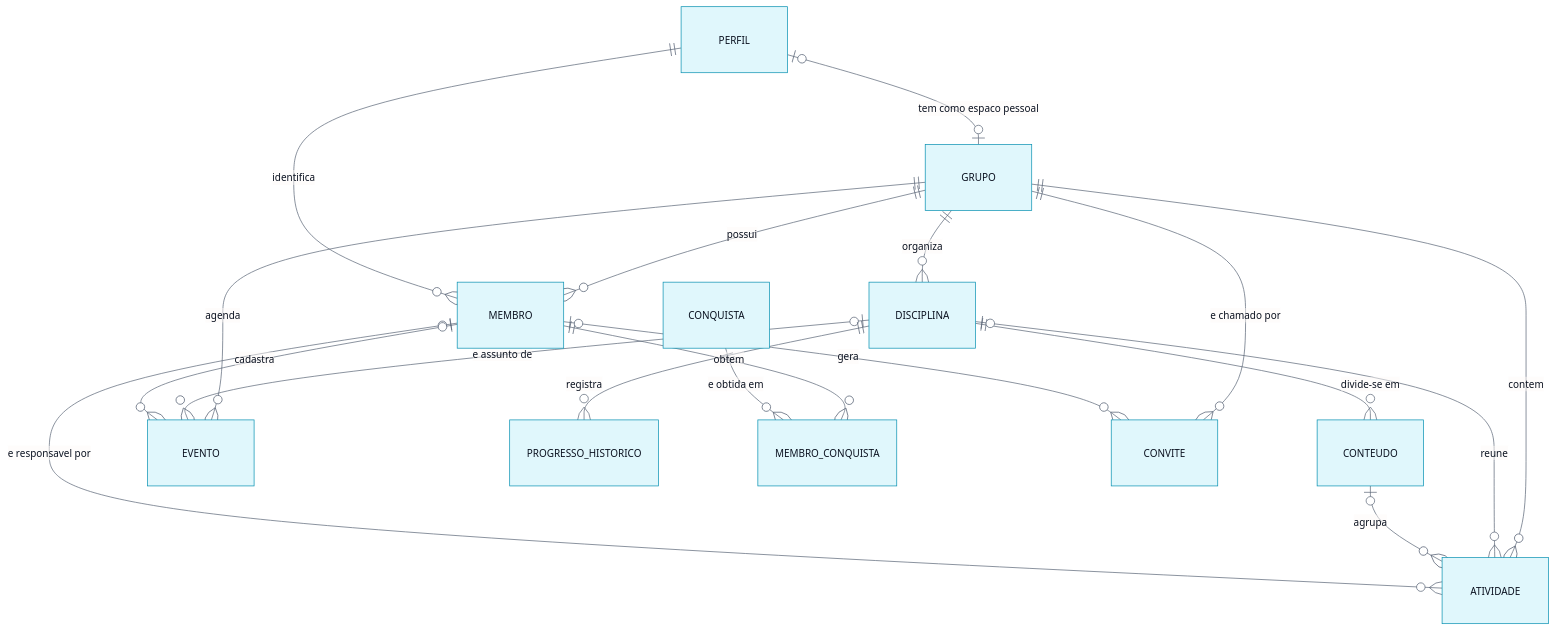
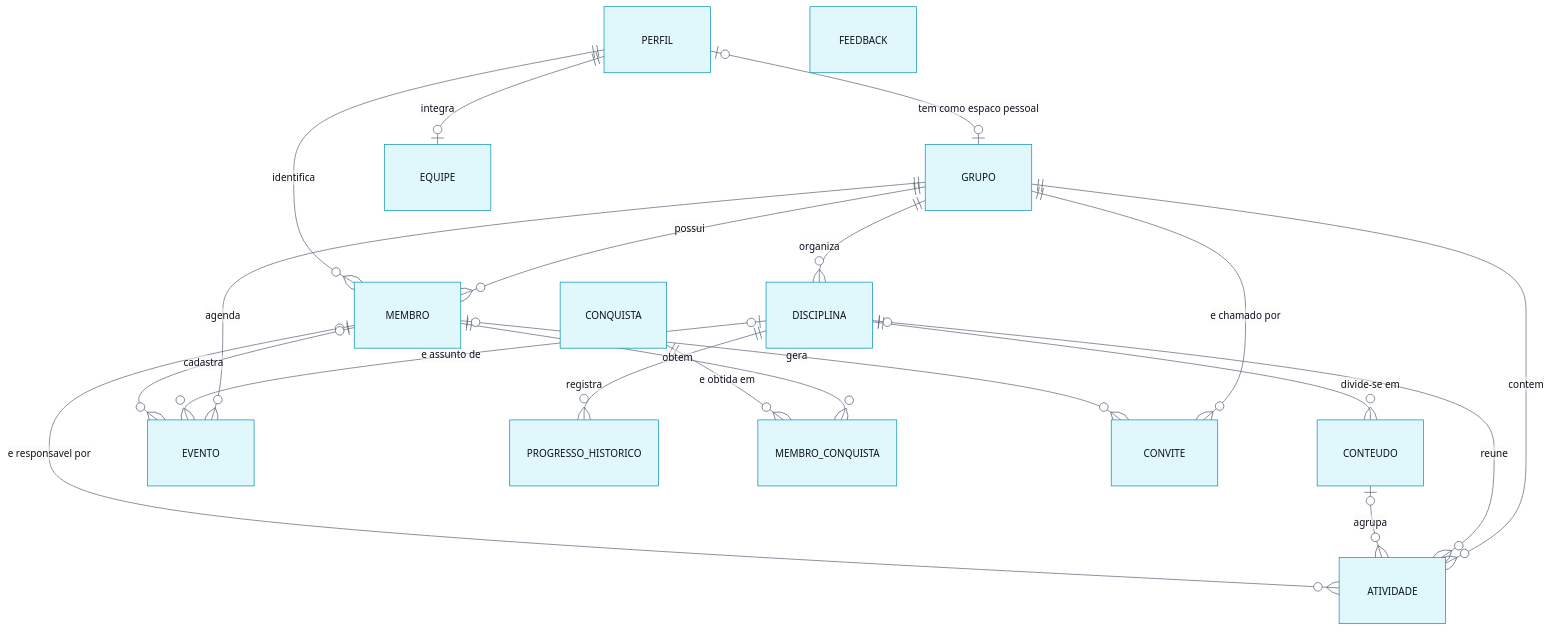
The diagram in banco-de-dados/01-modelo-conceitual.md (dedeyfogaca/equipe7-vertice), drawn with Mermaid before and after one commit. The commit also changed other lines of this file and 20 other files, not shown here.

````diff
--- a/banco-de-dados/01-modelo-conceitual.md
+++ b/banco-de-dados/01-modelo-conceitual.md
@@ -14,22 +14,24 @@
 ```mermaid
 %%{init: {"theme": "base", "fontFamily": "Space Grotesk", "themeVariables": {"fontFamily": "Space Grotesk, Segoe UI, sans-serif", "fontSize": "14px", "primaryColor": "#E0F7FC", "primaryTextColor": "#0B1220", "primaryBorderColor": "#0891B2", "lineColor": "#5B6678", "attributeBackgroundColorOdd": "#FFFFFF", "attributeBackgroundColorEven": "#F5F7FC", "nodeBorder": "#0891B2", "mainBkg": "#E0F7FC", "textColor": "#0B1220", "titleColor": "#0E7490"}, "er": {"diagramPadding": 24, "entityPadding": 16, "minEntityWidth": 150}}}%%
 erDiagram
     GRUPO ||--o{ MEMBRO : "possui"
     PERFIL ||--o{ MEMBRO : "identifica"
     PERFIL |o--o| GRUPO : "tem como espaco pessoal"
     GRUPO ||--o{ DISCIPLINA : "organiza"
     DISCIPLINA ||--o{ CONTEUDO : "divide-se em"
     GRUPO ||--o{ ATIVIDADE : "contem"
     DISCIPLINA |o--o{ ATIVIDADE : "reune"
     CONTEUDO |o--o{ ATIVIDADE : "agrupa"
     MEMBRO |o--o{ ATIVIDADE : "e responsavel por"
     GRUPO ||--o{ EVENTO : "agenda"
     DISCIPLINA |o--o{ EVENTO : "e assunto de"
     MEMBRO |o--o{ EVENTO : "cadastra"
     DISCIPLINA ||--o{ PROGRESSO_HISTORICO : "registra"
     MEMBRO ||--o{ MEMBRO_CONQUISTA : "obtem"
     CONQUISTA ||--o{ MEMBRO_CONQUISTA : "e obtida em"
     GRUPO ||--o{ CONVITE : "e chamado por"
     MEMBRO |o--o{ CONVITE : "gera"
+    PERFIL ||--o| EQUIPE : "integra"
+    FEEDBACK
 
 ```
````
